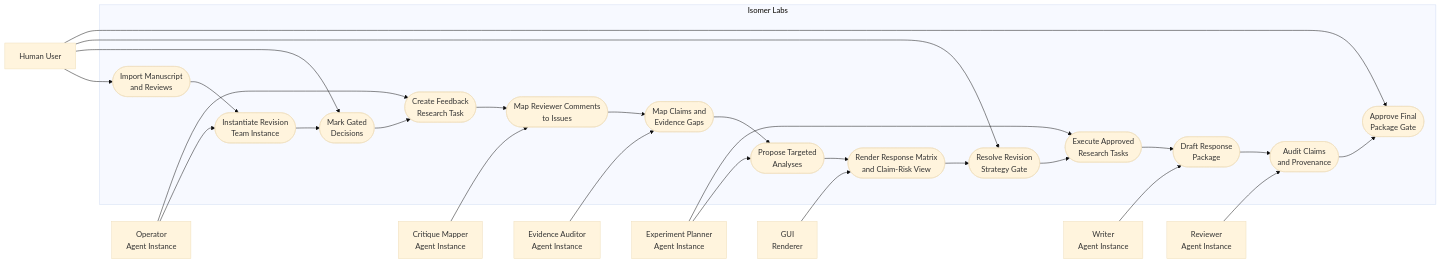
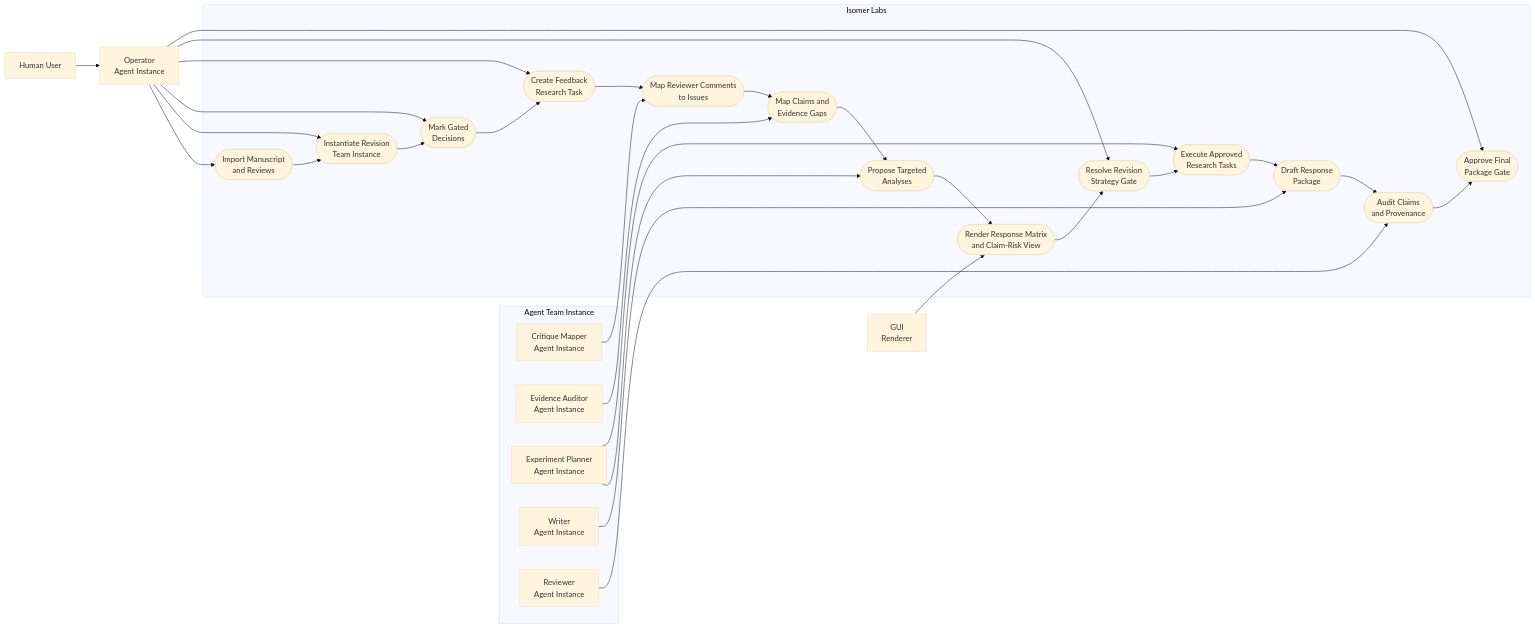
The first of 2 diagrams in .imsight-arts/project-explore/use-cases/uc-03-plan-and-execute-paper-revision.md (CodeGandee/isomer-labs), drawn with Mermaid (base theme) before and after one commit. The commit also changed other lines of this file and 4 other files, not shown here.

Commit message:
docs: route users through operator agent

````diff
--- a/.imsight-arts/project-explore/use-cases/uc-03-plan-and-execute-paper-revision.md
+++ b/.imsight-arts/project-explore/use-cases/uc-03-plan-and-execute-paper-revision.md
@@ -33,54 +33,58 @@
 ```mermaid
 flowchart LR
   User[Human User]
   Operator["Operator<br/>Agent Instance"]
-  Mapper["Critique Mapper<br/>Agent Instance"]
-  Auditor["Evidence Auditor<br/>Agent Instance"]
-  Planner["Experiment Planner<br/>Agent Instance"]
-  Writer["Writer<br/>Agent Instance"]
-  Reviewer["Reviewer<br/>Agent Instance"]
   GUI["GUI<br/>Renderer"]
+
+  subgraph TeamInstance["Agent Team Instance"]
+    Mapper["Critique Mapper<br/>Agent Instance"]
+    Auditor["Evidence Auditor<br/>Agent Instance"]
+    Planner["Experiment Planner<br/>Agent Instance"]
+    Writer["Writer<br/>Agent Instance"]
+    Reviewer["Reviewer<br/>Agent Instance"]
+  end
 
   subgraph Isomer["Isomer Labs"]
     UC1([Import Manuscript<br/>and Reviews])
     UC2([Instantiate Revision<br/>Team Instance])
     UC3([Mark Gated<br/>Decisions])
     UC4([Create Feedback<br/>Research Task])
     UC5([Map Reviewer Comments<br/>to Issues])
     UC6([Map Claims and<br/>Evidence Gaps])
     UC7([Propose Targeted<br/>Analyses])
     UC8([Render Response Matrix<br/>and Claim-Risk View])
     UC9([Resolve Revision<br/>Strategy Gate])
     UC10([Execute Approved<br/>Research Tasks])
     UC11([Draft Response<br/>Package])
     UC12([Audit Claims<br/>and Provenance])
     UC13([Approve Final<br/>Package Gate])
   end
 
-  User --> UC1
+  User --> Operator
+  Operator --> UC1
   Operator --> UC2
-  User --> UC3
+  Operator --> UC3
   Operator --> UC4
   Mapper --> UC5
   Auditor --> UC6
   Planner --> UC7
   GUI --> UC8
-  User --> UC9
+  Operator --> UC9
   Planner --> UC10
   Writer --> UC11
   Reviewer --> UC12
-  User --> UC13
+  Operator --> UC13
 
   UC1 --> UC2
   UC2 --> UC3
   UC3 --> UC4
   UC4 --> UC5
   UC5 --> UC6
   UC6 --> UC7
   UC7 --> UC8
   UC8 --> UC9
   UC9 --> UC10
   UC10 --> UC11
   UC11 --> UC12
   UC12 --> UC13
 ```
````
